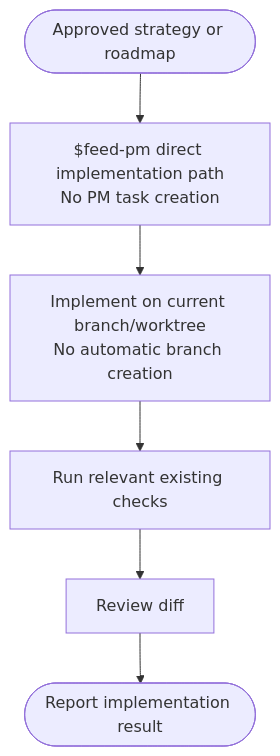
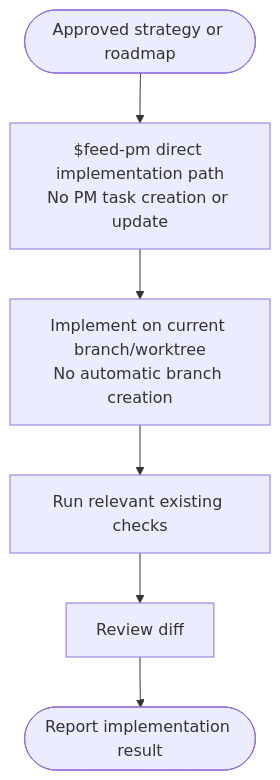
One commit to mvagnon/plan-based-agentic-workflow changed the second of 2 diagrams in README.md. Above: the diagram before and after it, drawn with Mermaid. The commit also changed other lines of this file and 5 other files, not shown here.

````diff
--- a/README.md
+++ b/README.md
@@ -43,8 +43,8 @@
 ```mermaid
 flowchart TD
-    A([Approved strategy or roadmap]) --> B["$feed-pm direct implementation path<br/>No PM task creation"]
+    A([Approved strategy or roadmap]) --> B["$feed-pm direct implementation path<br/>No PM task creation or update"]
     B --> C["Implement on current branch/worktree<br/>No automatic branch creation"]
     C --> D["Run relevant existing checks"]
     D --> E["Review diff"]
     E --> F([Report implementation result])
 ```
````
